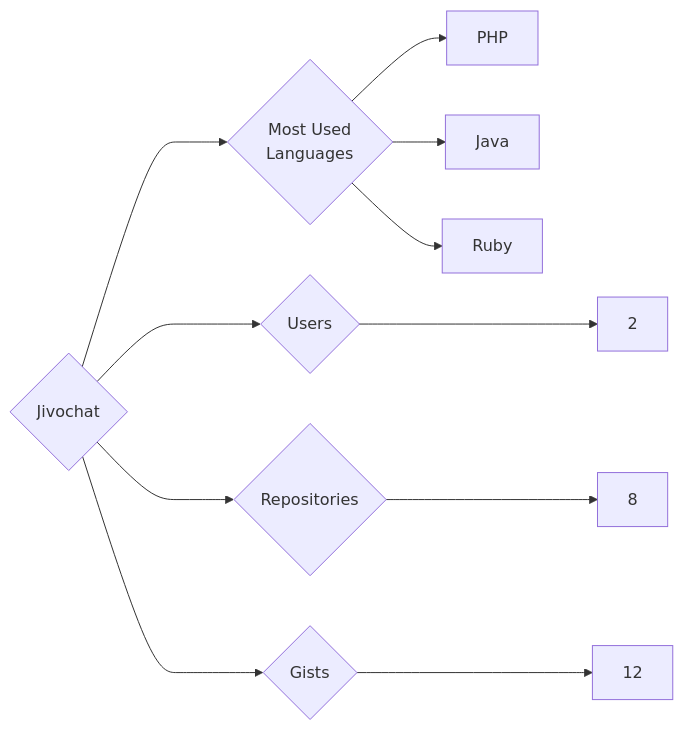
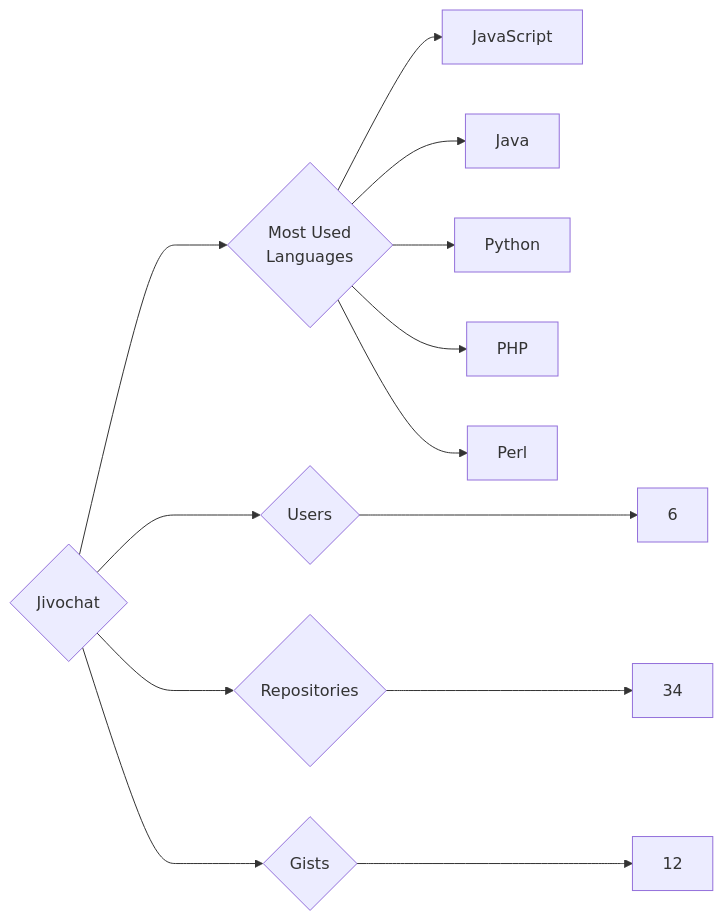
The diagram in targets/Jivochat/README.md (trickest/insiders), drawn with Mermaid before and after one commit. The commit also changed 749 other files, not shown here.

````diff
--- a/targets/Jivochat/README.md
+++ b/targets/Jivochat/README.md
@@ -3,11 +3,13 @@
 ```mermaid
 graph LR
 COMPANY_NAME{Jivochat}
-COMPANY_NAME ---> U{Users} ---> UN[2]
-COMPANY_NAME ---> R{Repositories} ---> RN[8]
+COMPANY_NAME ---> U{Users} ---> UN[6]
+COMPANY_NAME ---> R{Repositories} ---> RN[34]
 COMPANY_NAME ---> G{Gists} ---> GN[12]
 COMPANY_NAME ---> ML{Most Used<br>Languages}
+ML --> JavaScript[JavaScript]
+ML --> Java[Java]
+ML --> Python[Python]
 ML --> PHP[PHP]
-ML --> Java[Java]
-ML --> Ruby[Ruby]
+ML --> Perl[Perl]
 ```
````
